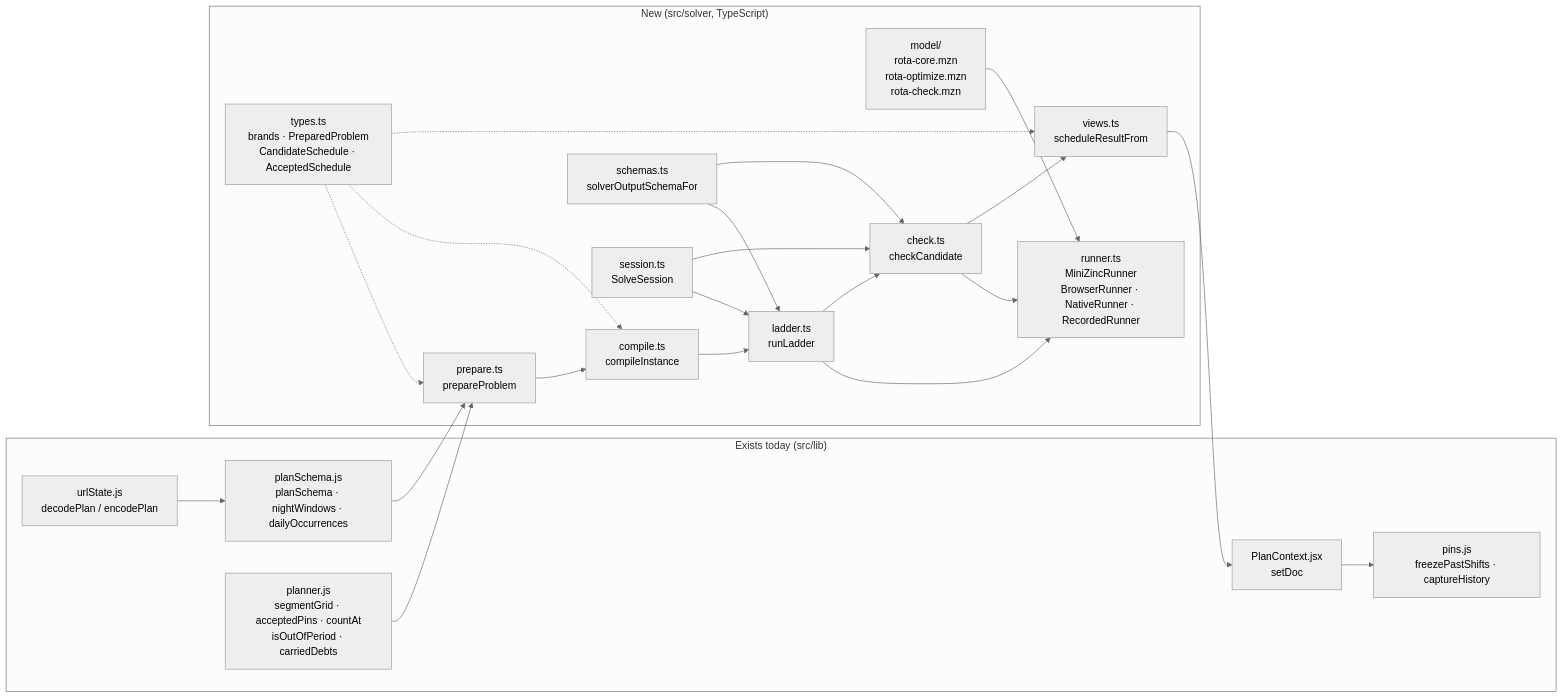
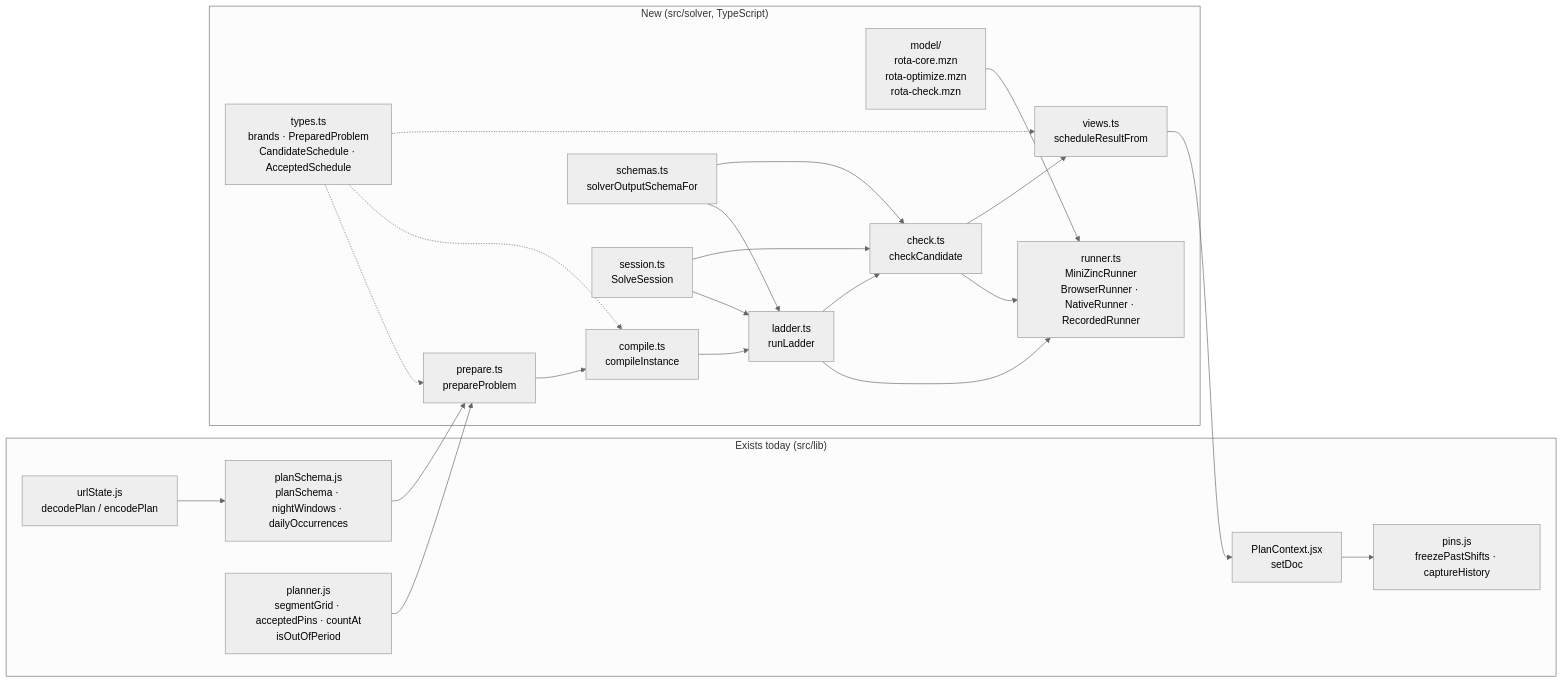
The first of 4 diagrams in docs/minizinc-implementation-design.md (barakplasma/guard), drawn with Mermaid (neutral theme) before and after one commit. The commit also changed other lines of this file and 1 other file, not shown here.

````diff
--- a/docs/minizinc-implementation-design.md
+++ b/docs/minizinc-implementation-design.md
@@ -18,39 +18,39 @@
 ```mermaid
 flowchart LR
     subgraph existing ["Exists today (src/lib)"]
         urlState["urlState.js<br/>decodePlan / encodePlan"]
         planSchema["planSchema.js<br/>planSchema · nightWindows · dailyOccurrences"]
-        planner["planner.js<br/>segmentGrid · acceptedPins · countAt<br/>isOutOfPeriod · carriedDebts"]
+        planner["planner.js<br/>segmentGrid · acceptedPins · countAt<br/>isOutOfPeriod"]
         pins["pins.js<br/>freezePastShifts · captureHistory"]
         context["PlanContext.jsx<br/>setDoc"]
     end
 
     subgraph solver ["New (src/solver, TypeScript)"]
         types["types.ts<br/>brands · PreparedProblem<br/>CandidateSchedule · AcceptedSchedule"]
         prepare["prepare.ts<br/>prepareProblem"]
         compile["compile.ts<br/>compileInstance"]
         model["model/<br/>rota-core.mzn<br/>rota-optimize.mzn<br/>rota-check.mzn"]
         runner["runner.ts<br/>MiniZincRunner<br/>BrowserRunner · NativeRunner · RecordedRunner"]
         schemas["schemas.ts<br/>solverOutputSchemaFor"]
         ladder["ladder.ts<br/>runLadder"]
         check["check.ts<br/>checkCandidate"]
         session["session.ts<br/>SolveSession"]
         views["views.ts<br/>scheduleResultFrom"]
     end
 
     urlState --> planSchema --> prepare
     planner --> prepare
     prepare --> compile --> ladder
     model --> runner
     ladder --> runner
     ladder --> check --> runner
     schemas --> ladder
     schemas --> check
     session --> ladder
     session --> check
     check --> views --> context
     context --> pins
     types -.-> prepare
     types -.-> compile
     types -.-> views
 ```
````
